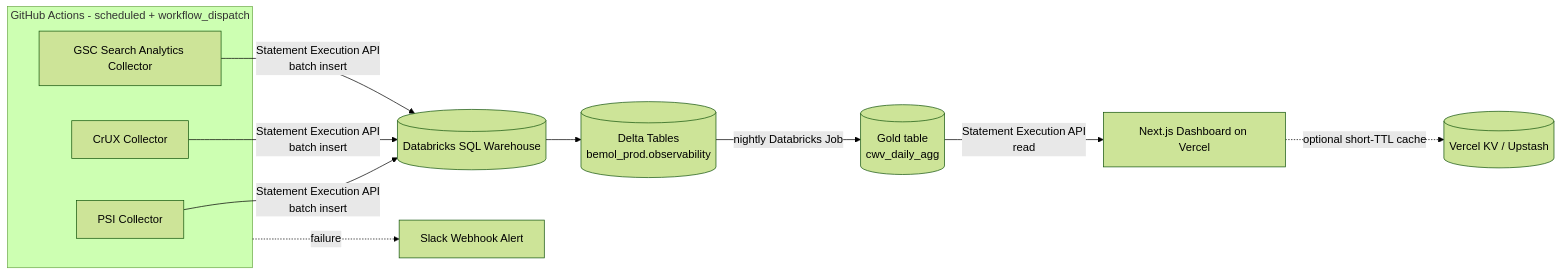
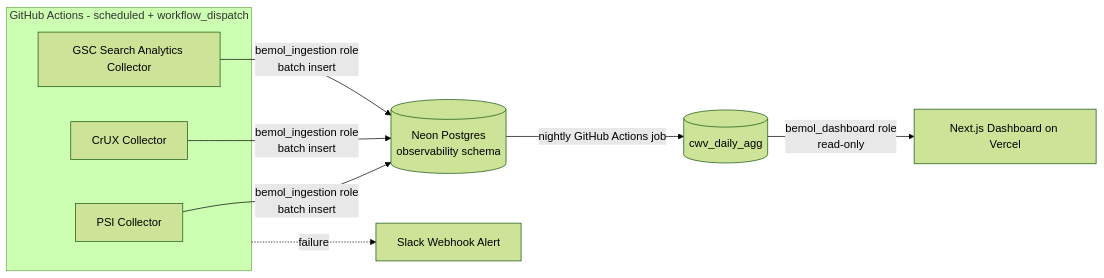
Before and after one commit to fabricio-hunt/bemol-web-observability: the diagram in ARCHITECTURE.md, drawn with Mermaid (forest theme). The commit also changed other lines of this file and 28 other files, not shown here.

First line of the commit message:
refactor(db)!: migrate data layer from Databricks to Neon Postgres

````diff
--- a/ARCHITECTURE.md
+++ b/ARCHITECTURE.md
@@ -33,20 +33,18 @@
 ```mermaid
 flowchart LR
     subgraph GHA[GitHub Actions - scheduled + workflow_dispatch]
         PSI[PSI Collector]
         CRUX[CrUX Collector]
         GSC[GSC Search Analytics Collector]
     end
 
-    PSI -->|Statement Execution API<br/>batch insert| SQLW[(Databricks SQL Warehouse)]
-    CRUX -->|Statement Execution API<br/>batch insert| SQLW
-    GSC -->|Statement Execution API<br/>batch insert| SQLW
+    PSI -->|bemol_ingestion role<br/>batch insert| PG[(Neon Postgres<br/>observability schema)]
+    CRUX -->|bemol_ingestion role<br/>batch insert| PG
+    GSC -->|bemol_ingestion role<br/>batch insert| PG
 
-    SQLW --> DELTA[(Delta Tables<br/>bemol_prod.observability)]
-    DELTA -->|nightly Databricks Job| GOLD[(Gold table<br/>cwv_daily_agg)]
+    PG -->|nightly GitHub Actions job| GOLD[(cwv_daily_agg)]
 
-    GOLD -->|Statement Execution API<br/>read| DASH[Next.js Dashboard on Vercel]
-    DASH -.->|optional short-TTL cache| CACHE[(Vercel KV / Upstash)]
+    GOLD -->|bemol_dashboard role<br/>read-only| DASH[Next.js Dashboard on Vercel]
 
     GHA -.->|failure| SLACK[Slack Webhook Alert]
 ```
````
